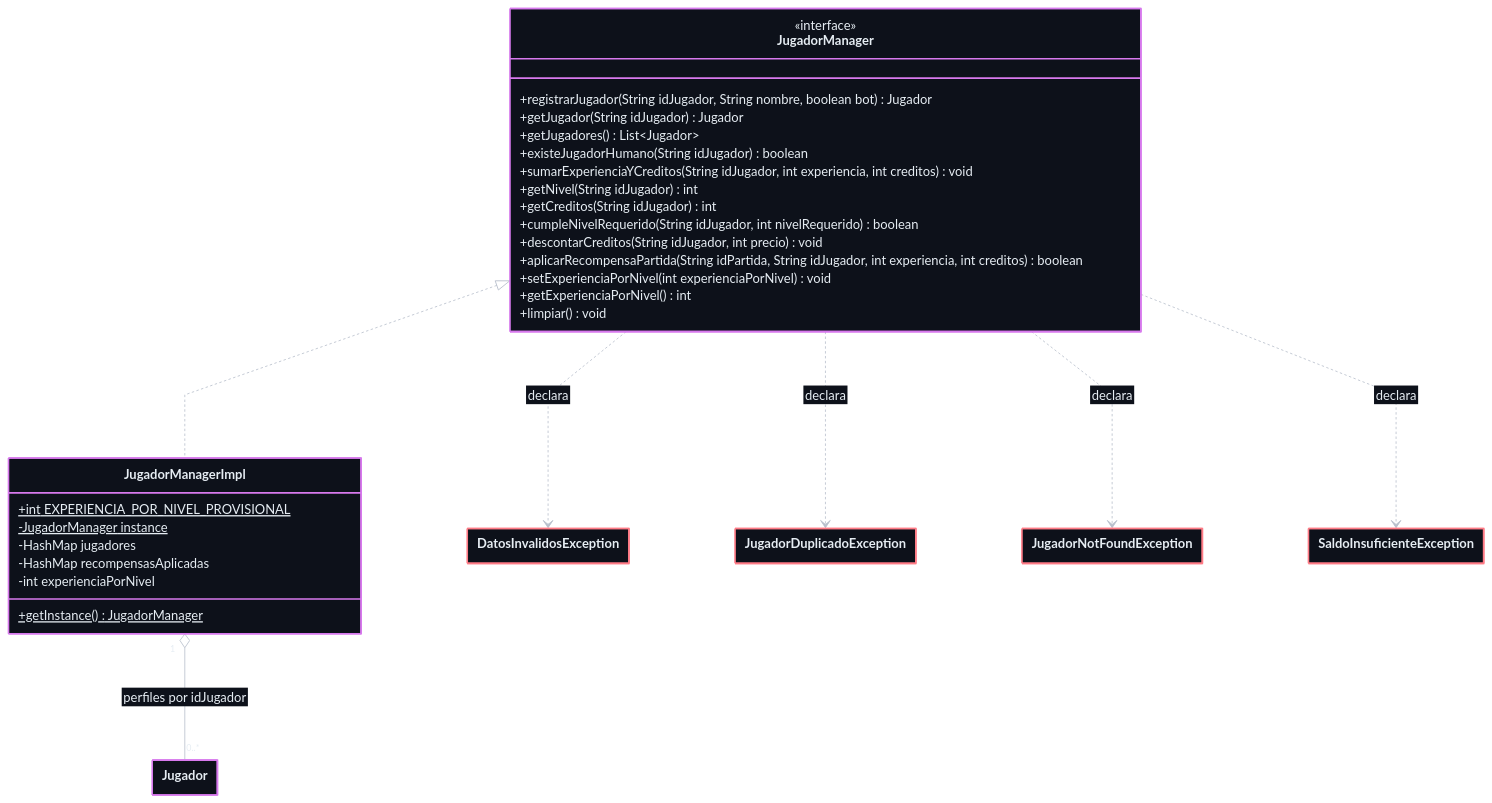
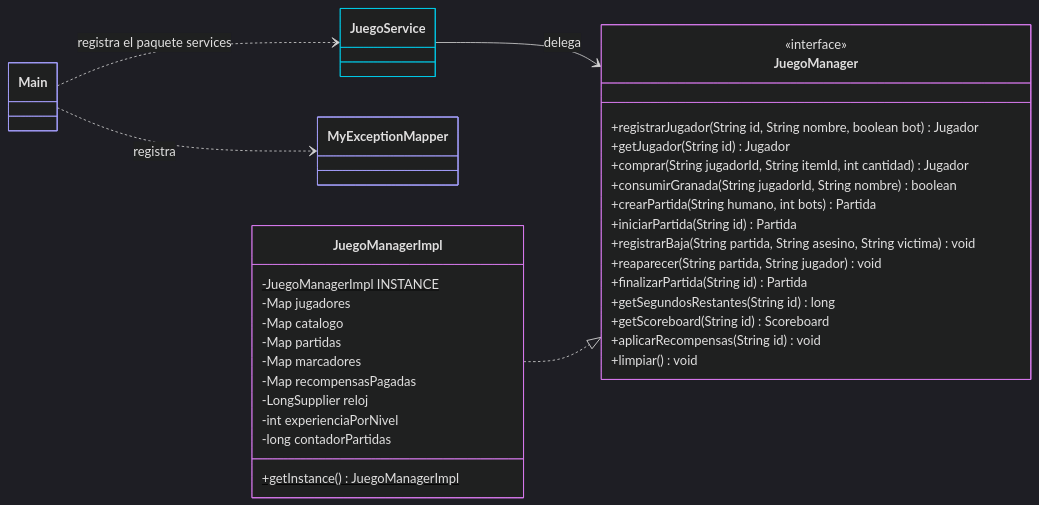
Before and after one commit to PolMC100/DSA-Proyecto: the first of 2 diagrams in docs/DIAGRAMAS_CLASES.md, drawn with Mermaid. The commit also changed other lines of this file and 67 other files, not shown here.

````diff
--- a/docs/DIAGRAMAS_CLASES.md
+++ b/docs/DIAGRAMAS_CLASES.md
@@ -171,52 +9,45 @@
 ```mermaid
-%%{init: {"theme":"base","themeVariables":{"darkMode":true,"background":"#1b1b1f","primaryColor":"#0d111a","primaryTextColor":"#e6edf3","primaryBorderColor":"#d779ed","secondaryColor":"#0d111a","secondaryTextColor":"#e6edf3","tertiaryColor":"#0d111a","tertiaryTextColor":"#e6edf3","textColor":"#e6edf3","classText":"#e6edf3","lineColor":"#b8bfcc","edgeLabelBackground":"#1b1b1f","noteBkgColor":"#fff7be","noteBorderColor":"#f3c600","noteTextColor":"#26210a"},"themeCSS":"background-color: #1b1b1f; .noteText, .noteText tspan, .node[id^=\"note\"] .nodeLabel, .node[id^=\"note\"] .nodeLabel p { color: #26210a !important; fill: #26210a !important; }","layout":"dagre","class":{"nodeSpacing":131,"rankSpacing":133,"diagramPadding":24,"hideEmptyMembersBox":true,"htmlLabels":false},"flowchart":{"nodeSpacing":131,"rankSpacing":133,"curve":"linear"},"htmlLabels":false}}%%
+%%{init: {"theme":"dark"}}%%
 classDiagram
-    direction TB
-
-    class JugadorManager {
+    direction LR
+    class Main
+    class JuegoService
+    class MyExceptionMapper
+    class JuegoManager {
         <<interface>>
-        +registrarJugador(String idJugador, String nombre, boolean bot) Jugador
-        +getJugador(String idJugador) Jugador
-        +getJugadores() List~Jugador~
-        +existeJugadorHumano(String idJugador) boolean
-        +sumarExperienciaYCreditos(String idJugador, int experiencia, int creditos) void
-        +getNivel(String idJugador) int
-        +getCreditos(String idJugador) int
-        +cumpleNivelRequerido(String idJugador, int nivelRequerido) boolean
-        +descontarCreditos(String idJugador, int precio) void
-        +aplicarRecompensaPartida(String idPartida, String idJugador, int experiencia, int creditos) boolean
-        +setExperienciaPorNivel(int experienciaPorNivel) void
-        +getExperienciaPorNivel() int
+        +registrarJugador(String id, String nombre, boolean bot) Jugador
+        +getJugador(String id) Jugador
+        +comprar(String jugadorId, String itemId, int cantidad) Jugador
+        +consumirGranada(String jugadorId, String nombre) boolean
+        +crearPartida(String humano, int bots) Partida
+        +iniciarPartida(String id) Partida
+        +registrarBaja(String partida, String asesino, String victima) void
+        +reaparecer(String partida, String jugador) void
+        +finalizarPartida(String id) Partida
+        +getSegundosRestantes(String id) long
+        +getScoreboard(String id) Scoreboard
+        +aplicarRecompensas(String id) void
         +limpiar() void
     }
-
-    class JugadorManagerImpl {
-        +int EXPERIENCIA_POR_NIVEL_PROVISIONAL$
-        -JugadorManager instance$
-        -HashMap jugadores
-        -HashMap recompensasAplicadas
+    class JuegoManagerImpl {
+        -JuegoManagerImpl INSTANCE$
+        -Map jugadores
+        -Map catalogo
+        -Map partidas
+        -Map marcadores
+        -Map recompensasPagadas
+        -LongSupplier reloj
         -int experienciaPorNivel
-        +getInstance() JugadorManager$
+        -long contadorPartidas
+        +getInstance() JuegoManagerImpl$
     }
-
-    class Jugador
-    class DatosInvalidosException
-    class JugadorDuplicadoException
-    class JugadorNotFoundException
-    class SaldoInsuficienteException
-
-    JugadorManager <|.. JugadorManagerImpl
-    JugadorManagerImpl "1" o-- "0..*" Jugador : perfiles por idJugador
-    JugadorManager ..> DatosInvalidosException : declara
-    JugadorManager ..> JugadorDuplicadoException : declara
-    JugadorManager ..> JugadorNotFoundException : declara
-    JugadorManager ..> SaldoInsuficienteException : declara
-
-    style JugadorManager fill:#0d111a,stroke:#d779ed,stroke-width:2px,color:#e6edf3
-    style JugadorManagerImpl fill:#0d111a,stroke:#d779ed,stroke-width:2px,color:#e6edf3
-    style Jugador fill:#0d111a,stroke:#d779ed,stroke-width:2px,color:#e6edf3
-    style DatosInvalidosException fill:#0d111a,stroke:#ff7b86,stroke-width:2px,color:#e6edf3
-    style JugadorDuplicadoException fill:#0d111a,stroke:#ff7b86,stroke-width:2px,color:#e6edf3
-    style JugadorNotFoundException fill:#0d111a,stroke:#ff7b86,stroke-width:2px,color:#e6edf3
-    style SaldoInsuficienteException fill:#0d111a,stroke:#ff7b86,stroke-width:2px,color:#e6edf3
+    Main ..> JuegoService : registra el paquete services
+    Main ..> MyExceptionMapper : registra
+    JuegoService --> JuegoManager : delega
+    JuegoManagerImpl ..|> JuegoManager
+    style Main stroke:#a6a0ff
+    style MyExceptionMapper stroke:#a6a0ff
+    style JuegoService stroke:#00c9e5
+    style JuegoManager stroke:#d779ed
+    style JuegoManagerImpl stroke:#d779ed
 ```
````
